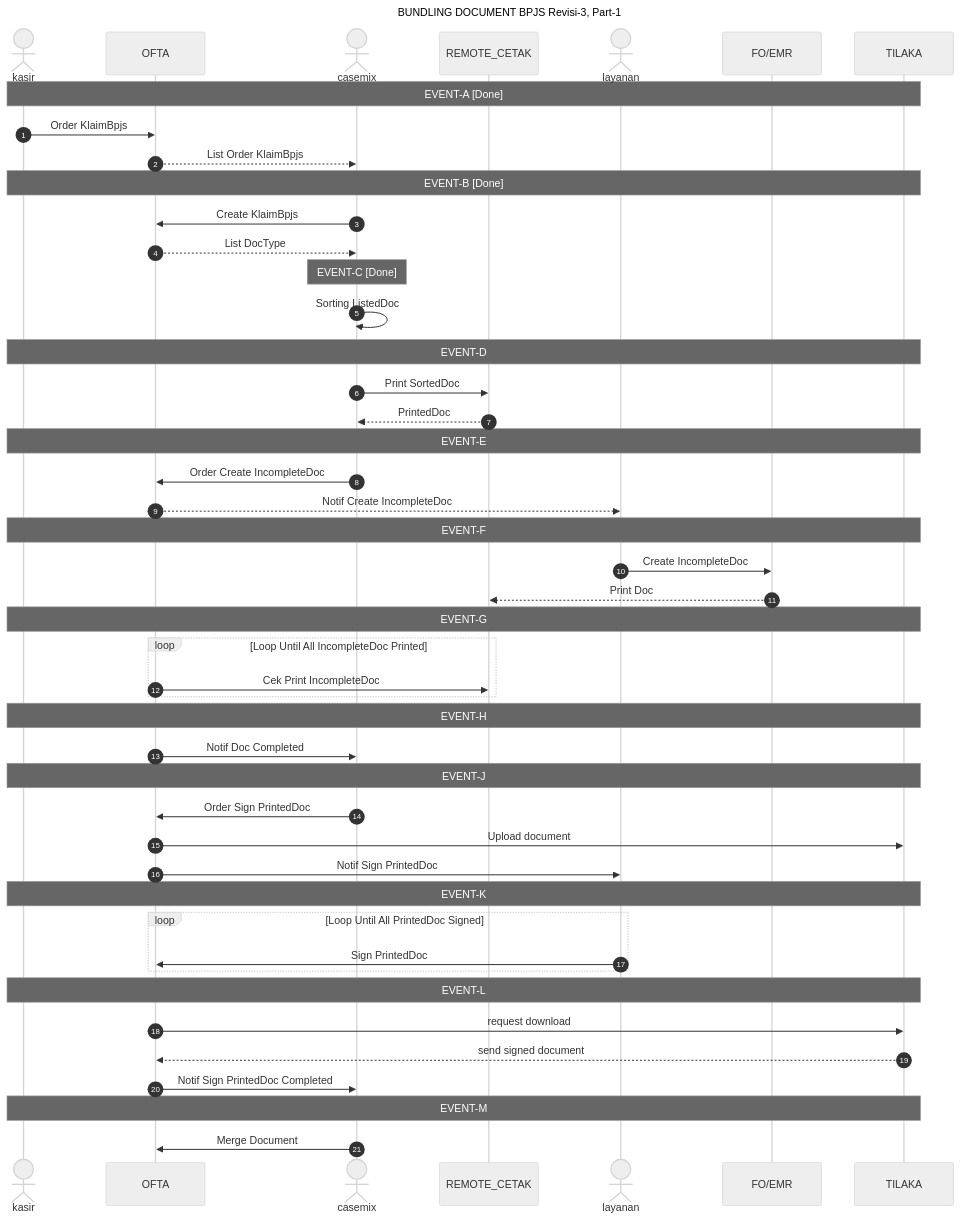
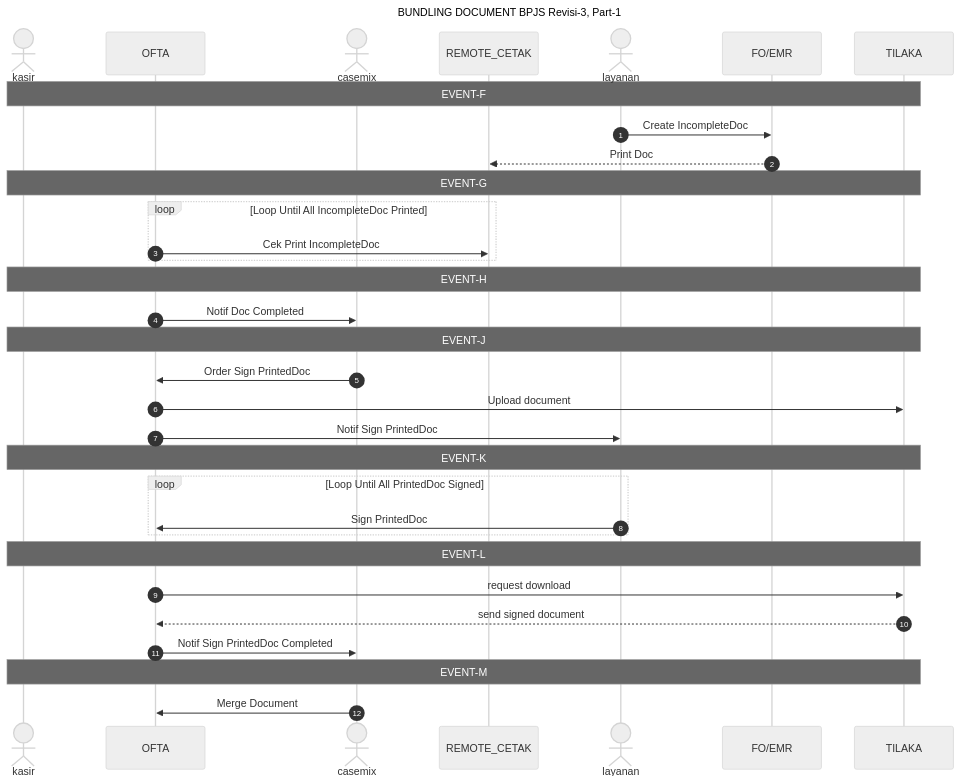
One commit to smart-ics/b005-ofta-api changed the second of 2 diagrams in readme-bpjs-flow.md. Above: the diagram before and after it, drawn with Mermaid (neutral theme).

````diff
--- a/readme-bpjs-flow.md
+++ b/readme-bpjs-flow.md
@@ -1,61 +33,41 @@
 ```mermaid
 sequenceDiagram
     title BUNDLING DOCUMENT BPJS Revisi-3, Part-1
     actor kasir
     participant OFTA
     actor casemix
     participant REMOTE_CETAK
     actor layanan
     participant FO/EMR
     participant TILAKA
     autonumber 1
-
-    note over kasir, TILAKA: EVENT-A [Done]
-    kasir ->> OFTA: Order KlaimBpjs 
-    OFTA -->> casemix: List Order KlaimBpjs 
-
-    note over kasir, TILAKA: EVENT-B [Done]
-    casemix ->> OFTA: Create KlaimBpjs
-    OFTA -->> casemix: List DocType
-
-    note over casemix: EVENT-C [Done]
-    casemix ->> casemix: Sorting ListedDoc
-    
-    note over kasir, TILAKA: EVENT-D
-    casemix ->> REMOTE_CETAK: Print SortedDoc
-    REMOTE_CETAK -->> casemix : PrintedDoc
-
-    note over kasir, TILAKA: EVENT-E
-    casemix ->> OFTA: Order Create IncompleteDoc 
-    OFTA -->> layanan: Notif Create IncompleteDoc
-    
     note over kasir, TILAKA: EVENT-F
     layanan ->> FO/EMR : Create IncompleteDoc
     FO/EMR -->> REMOTE_CETAK: Print Doc
 
     note over kasir, TILAKA: EVENT-G
     loop Loop Until All IncompleteDoc Printed
         OFTA ->> REMOTE_CETAK : Cek Print IncompleteDoc
     end
     
     note over kasir, TILAKA: EVENT-H
     OFTA ->> casemix : Notif Doc Completed
 
     note over kasir, TILAKA: EVENT-J
     casemix ->> OFTA: Order Sign PrintedDoc
     OFTA ->> TILAKA: Upload document
     OFTA ->> layanan: Notif Sign PrintedDoc
 
     note over kasir, TILAKA: EVENT-K
     loop Loop Until All PrintedDoc Signed
         layanan ->> OFTA: Sign PrintedDoc
     end
 
     note over kasir, TILAKA: EVENT-L
     OFTA ->> TILAKA: request download
     TILAKA -->> OFTA : send signed document
     OFTA ->> casemix: Notif Sign PrintedDoc Completed
 
     note over kasir, TILAKA: EVENT-M
     casemix ->> OFTA: Merge Document
 ```
````
